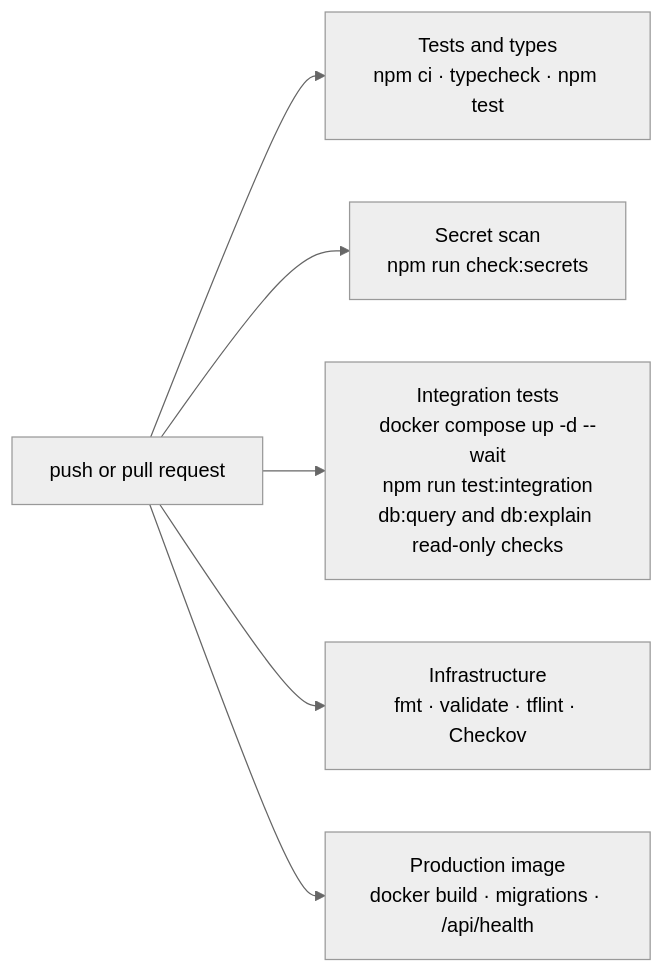
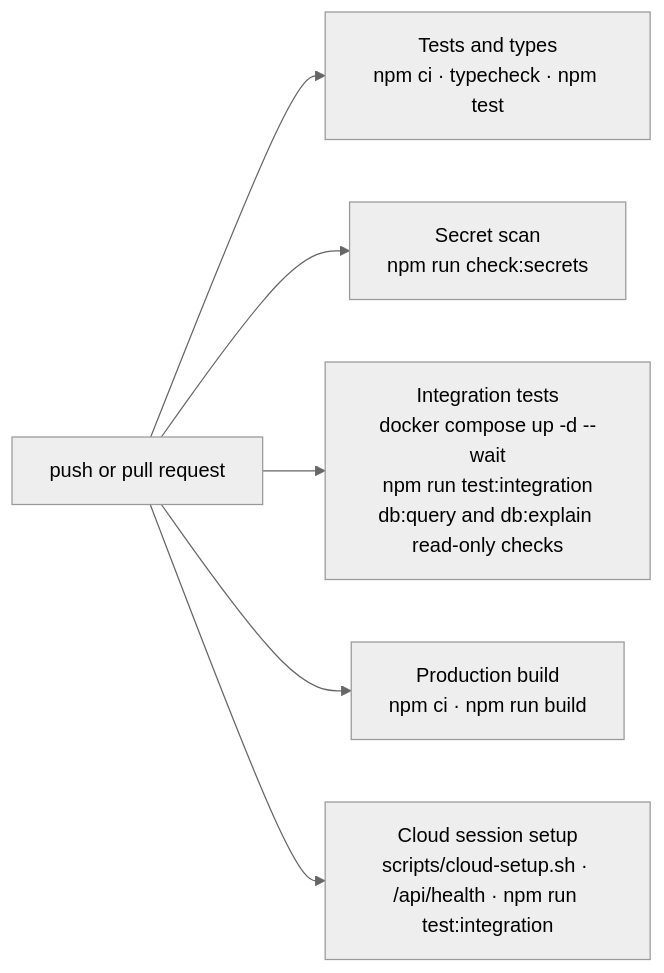
The third of 4 diagrams in docs/technical/testing-and-quality.md (Blueydata/ai-dev-foundation), drawn with Mermaid (neutral theme) before and after one commit. The commit also changed other lines of this file and 11 other files, not shown here.

````diff
--- a/docs/technical/testing-and-quality.md
+++ b/docs/technical/testing-and-quality.md
@@ -38,8 +38,8 @@
 ```mermaid
 flowchart LR
   trigger["push or pull request"] --> tests["Tests and types<br/>npm ci · typecheck · npm test"]
   trigger --> secrets["Secret scan<br/>npm run check:secrets"]
   trigger --> integration["Integration tests<br/>docker compose up -d --wait<br/>npm run test:integration<br/>db:query and db:explain read-only checks"]
-  trigger --> infrastructure["Infrastructure<br/>fmt · validate · tflint · Checkov"]
-  trigger --> image["Production image<br/>docker build · migrations · /api/health"]
+  trigger --> build["Production build<br/>npm ci · npm run build"]
+  trigger --> cloud["Cloud session setup<br/>scripts/cloud-setup.sh · /api/health · npm run test:integration"]
 ```
````
